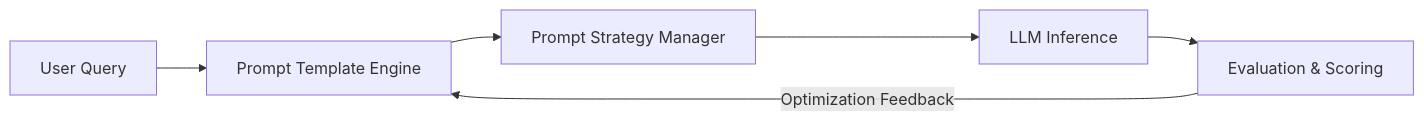
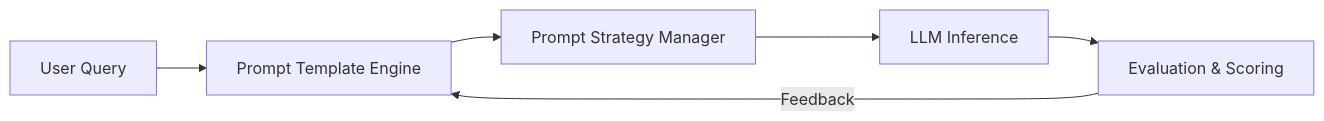
Before and after one commit to sricheru/agentic-ai-portfolio: the sixth of 20 diagrams in genai_enterprise_usecases/ARCHITECTURE_GUIDE.md, drawn with Mermaid. The commit also changed other lines of this file, not shown here.

Commit message:
fix(mermaid): switch to pure flowchart TD and remove label collisions

````diff
--- a/genai_enterprise_usecases/ARCHITECTURE_GUIDE.md
+++ b/genai_enterprise_usecases/ARCHITECTURE_GUIDE.md
@@ -131,8 +130,8 @@
 ```mermaid
-graph LR
-    UserQuery["User Query"] --> Template["Prompt Template Engine"]
-    Template --> Logic["Prompt Strategy Manager"]
-    Logic --> LLM["LLM Inference"]
-    LLM --> Eval["Evaluation & Scoring"]
-    Eval -->|Optimization Feedback| Template
+flowchart LR
+    UserQuery[User Query] --> Template[Prompt Template Engine]
+    Template --> Logic[Prompt Strategy Manager]
+    Logic --> LLM[LLM Inference]
+    LLM --> Eval[Evaluation & Scoring]
+    Eval -->|Feedback| Template
 ```
````
